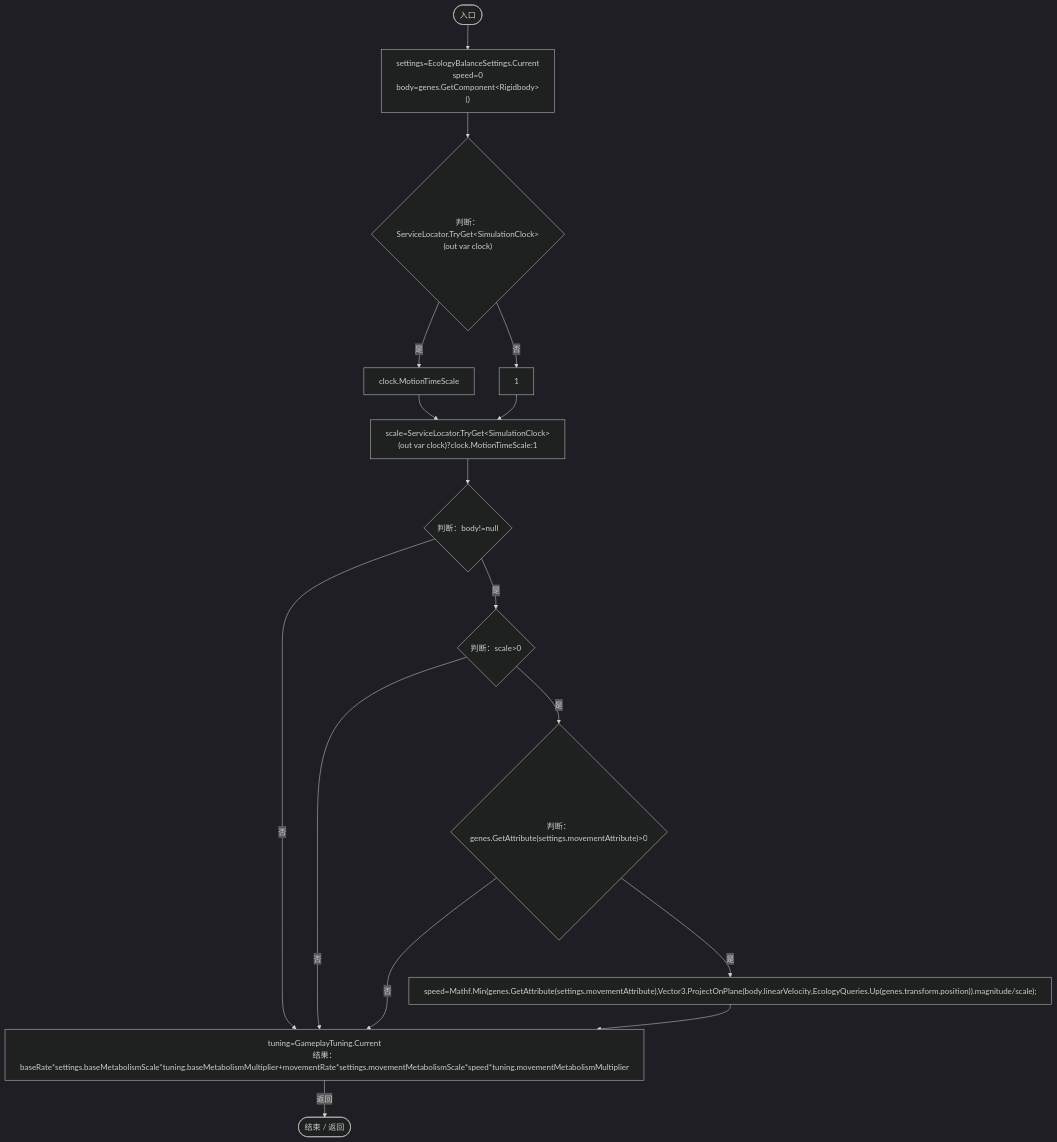
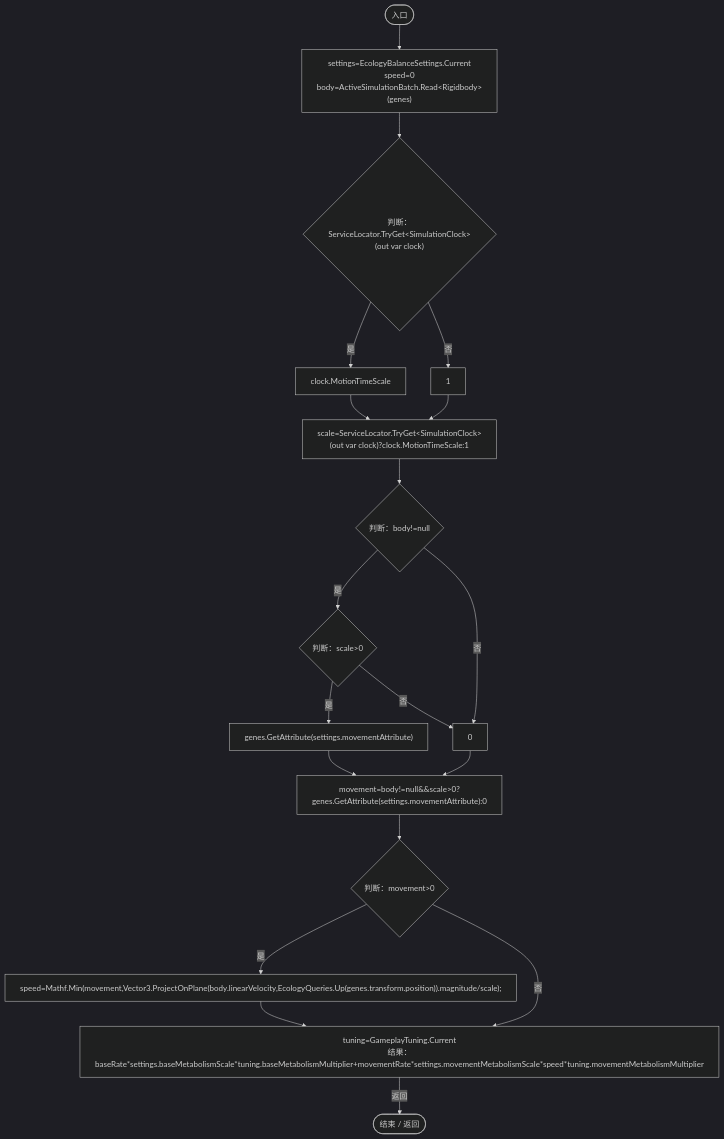
Before and after one commit to xhs6666/Darwin_paradise: the sixth of 6 diagrams in Docs/运行流程图/脚本/06a91c8201f26593.md, drawn with Mermaid (dark theme). The commit also changed other lines of this file and 240 other files, not shown here.

Commit message:
Optimize active simulation and streamline rule and gene controls

````diff
--- a/Docs/运行流程图/脚本/06a91c8201f26593.md
+++ b/Docs/运行流程图/脚本/06a91c8201f26593.md
@@ -310,31 +308,37 @@
 ```mermaid
 flowchart TD
   b0(["入口"])
-  b1["settings=EcologyBalanceSettings.Current<br/>speed=0<br/>body=genes.GetComponent&lt;Rigidbody&gt;()"]
+  b1["settings=EcologyBalanceSettings.Current<br/>speed=0<br/>body=ActiveSimulationBatch.Read&lt;Rigidbody&gt;(genes)"]
   b2{"判断：ServiceLocator.TryGet&lt;SimulationClock&gt;(out var clock)"}
   b3["clock.MotionTimeScale"]
   b4["1"]
   b5["scale=ServiceLocator.TryGet&lt;SimulationClock&gt;(out var clock)?clock.MotionTimeScale:1"]
   b6{"判断：body!=null"}
   b7{"判断：scale&gt;0"}
-  b8{"判断：genes.GetAttribute(settings.movementAttribute)&gt;0"}
-  b9["speed=Mathf.Min(genes.GetAttribute(settings.movementAttribute),Vector3.ProjectOnPlane(body.linearVelocity,EcologyQueries.Up(genes.transform.position)).magnitude/scale);"]
-  b10["tuning=GameplayTuning.Current<br/>结果：baseRate*settings.baseMetabolismScale*tuning.baseMetabolismMultiplier+movementRate*settings.movementMetabolismScale*speed*tuning.movementMetabolismMultiplier"]
-  b11(["结束 / 返回"])
+  b8["genes.GetAttribute(settings.movementAttribute)"]
+  b9["0"]
+  b10["movement=body!=null&amp;&amp;scale&gt;0?genes.GetAttribute(settings.movementAttribute):0"]
+  b11{"判断：movement&gt;0"}
+  b12["speed=Mathf.Min(movement,Vector3.ProjectOnPlane(body.linearVelocity,EcologyQueries.Up(genes.transform.position)).magnitude/scale);"]
+  b13["tuning=GameplayTuning.Current<br/>结果：baseRate*settings.baseMetabolismScale*tuning.baseMetabolismMultiplier+movementRate*settings.movementMetabolismScale*speed*tuning.movementMetabolismMultiplier"]
+  b14(["结束 / 返回"])
   b0 --> b1
   b1 --> b2
   b2 -->|"是"| b3
   b2 -->|"否"| b4
   b3 --> b5
   b4 --> b5
   b5 --> b6
   b6 -->|"是"| b7
-  b6 -->|"否"| b10
+  b6 -->|"否"| b9
   b7 -->|"是"| b8
-  b7 -->|"否"| b10
-  b8 -->|"是"| b9
-  b8 -->|"否"| b10
+  b7 -->|"否"| b9
+  b8 --> b10
   b9 --> b10
-  b10 -->|"返回"| b11
+  b10 --> b11
+  b11 -->|"是"| b12
+  b11 -->|"否"| b13
+  b12 --> b13
+  b13 -->|"返回"| b14
 
 ```
````
